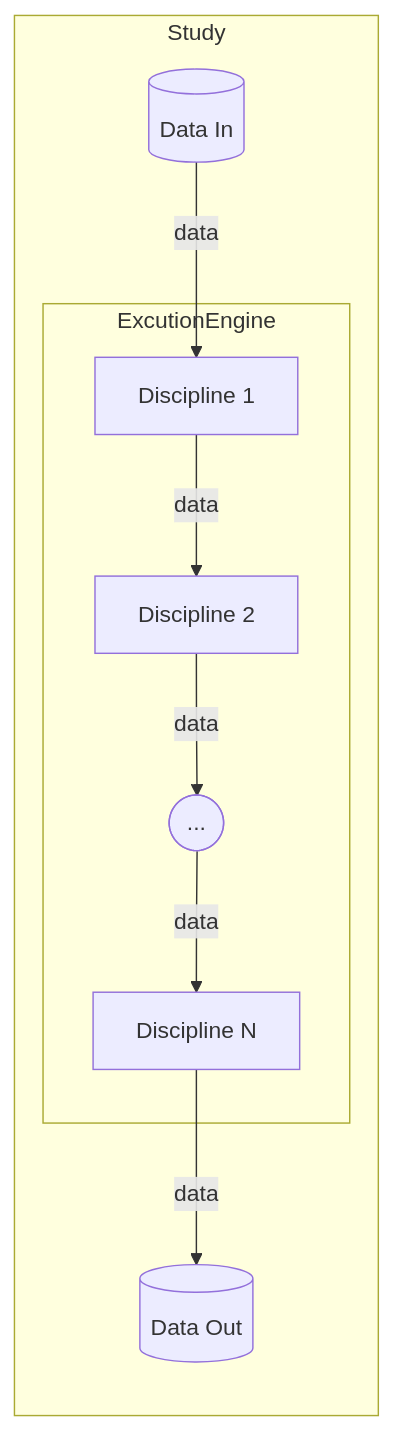
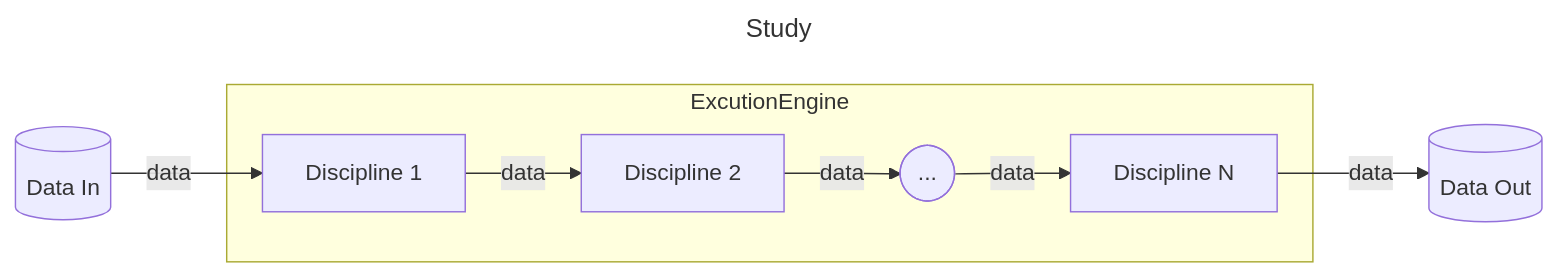
Before and after one commit to os-climate/witness-core: the first of 2 diagrams in documentation/how_to_model_a_study.md, drawn with Mermaid.

Commit message:
Fix mermaid diagram
The diagram in `how_to_model_a_study.md` doesn't print LR as indented.  Now fixed.

````diff
--- a/documentation/how_to_model_a_study.md
+++ b/documentation/how_to_model_a_study.md
@@ -12,19 +12,13 @@
 ```mermaid
+---
+title: Study
+---
 flowchart LR
-  subgraph Study
-    di[(Data In)]
+    di[(Data In)] -- data --> d1[Discipline 1]
     subgraph ExcutionEngine
-      d1[Discipline 1]
-      d2[Discipline 2]
-      ddots([...])
-      dn[Discipline N]
+      d1 -- data --> d2[Discipline 2]
+      d2 -- data --> ddots([...])
+      ddots -- data --> dn[Discipline N]
     end
-    do[(Data Out)]
-  end
-
-  di-->|data|d1
-  d1-->|data|d2
-  d2-->|data|ddots
-  ddots-->|data|dn
-  dn-->|data|do
+    dn -- data --> do[(Data Out)]
 ```
````
